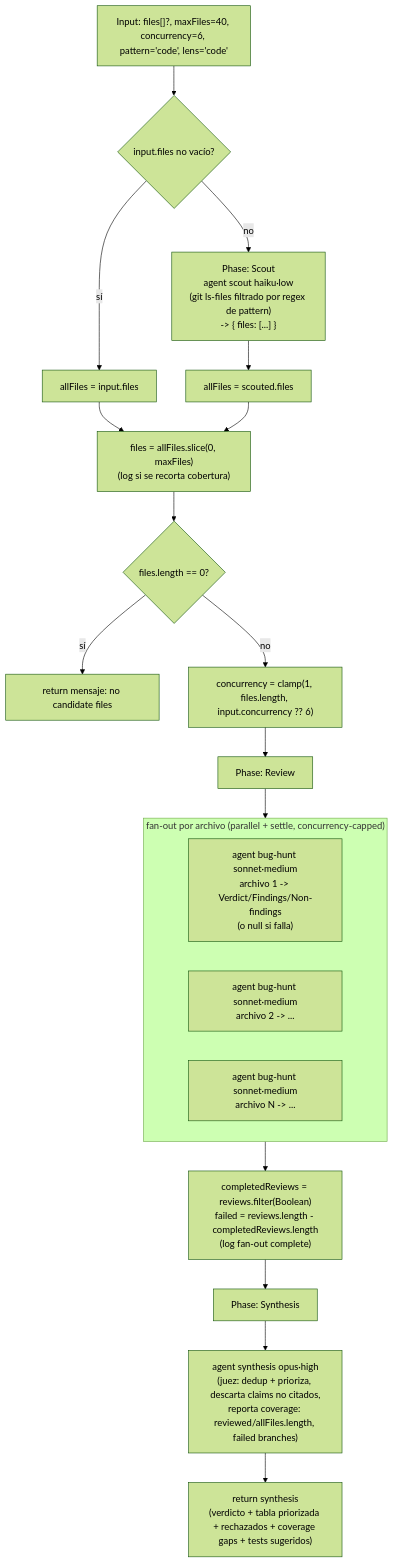
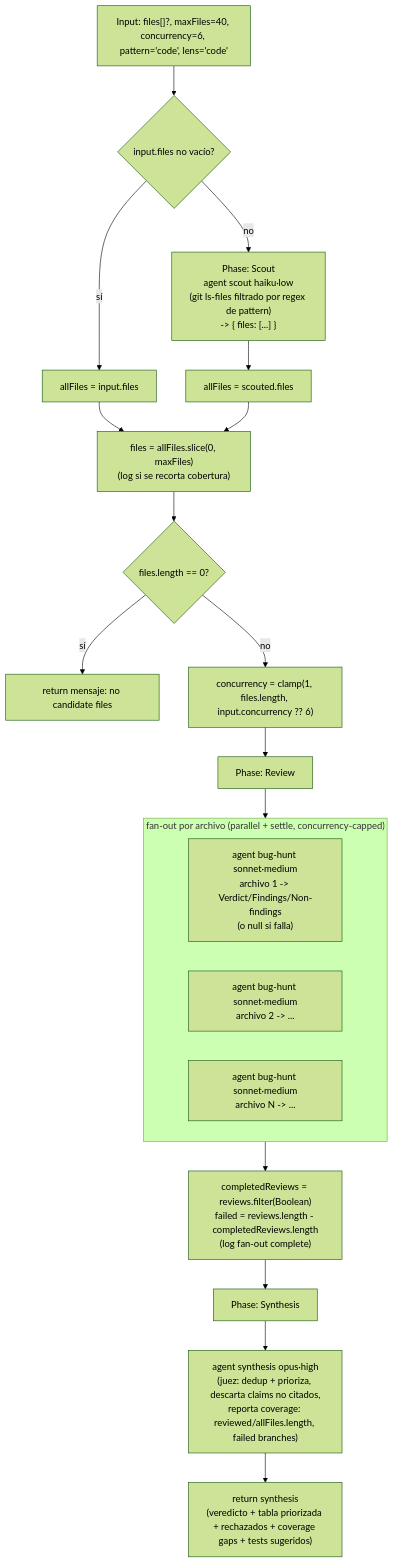
Before and after one commit to andrestobelem/pandi-extensions: the diagram in docs/scaffolds/repo-bug-hunt.md, drawn with Mermaid (forest theme). The commit also changed other lines of this file and 200 other files, not shown here.

````diff
--- a/docs/scaffolds/repo-bug-hunt.md
+++ b/docs/scaffolds/repo-bug-hunt.md
@@ -20,25 +20,25 @@
 ```mermaid
 flowchart TD
     A["Input: files[]?, maxFiles=40, concurrency=6, pattern='code', lens='code'"] --> B{"input.files no vacío?"}
     B -->|"sí"| C["allFiles = input.files"]
     B -->|"no"| D["Phase: Scout\nagent scout haiku·low\n(git ls-files filtrado por regex de pattern)\n-> { files: [...] }"]
     D --> C2["allFiles = scouted.files"]
     C --> E["files = allFiles.slice(0, maxFiles)\n(log si se recorta cobertura)"]
     C2 --> E
     E --> F{"files.length == 0?"}
     F -->|"sí"| F1["return mensaje: no candidate files"]
     F -->|"no"| G["concurrency = clamp(1, files.length, input.concurrency ?? 6)"]
 
     G --> H["Phase: Review"]
     subgraph FANOUT["fan-out por archivo (parallel + settle, concurrency-capped)"]
         R1["agent bug-hunt sonnet·medium\narchivo 1 -> Verdict/Findings/Non-findings\n(o null si falla)"]
         R2["agent bug-hunt sonnet·medium\narchivo 2 -> ..."]
         R3["agent bug-hunt sonnet·medium\narchivo N -> ..."]
     end
     H --> FANOUT
     FANOUT --> I["completedReviews = reviews.filter(Boolean)\nfailed = reviews.length - completedReviews.length\n(log fan-out complete)"]
 
     I --> J["Phase: Synthesis"]
     J --> K["agent synthesis opus·high\n(juez: dedup + prioriza, descarta claims no citados,\nreporta coverage: reviewed/allFiles.length, failed branches)"]
-    K --> L["return synthesis\n(verdicto + tabla priorizada + rechazados + coverage gaps + tests sugeridos)"]
+    K --> L["return synthesis\n(veredicto + tabla priorizada + rechazados + coverage gaps + tests sugeridos)"]
 ```
````
